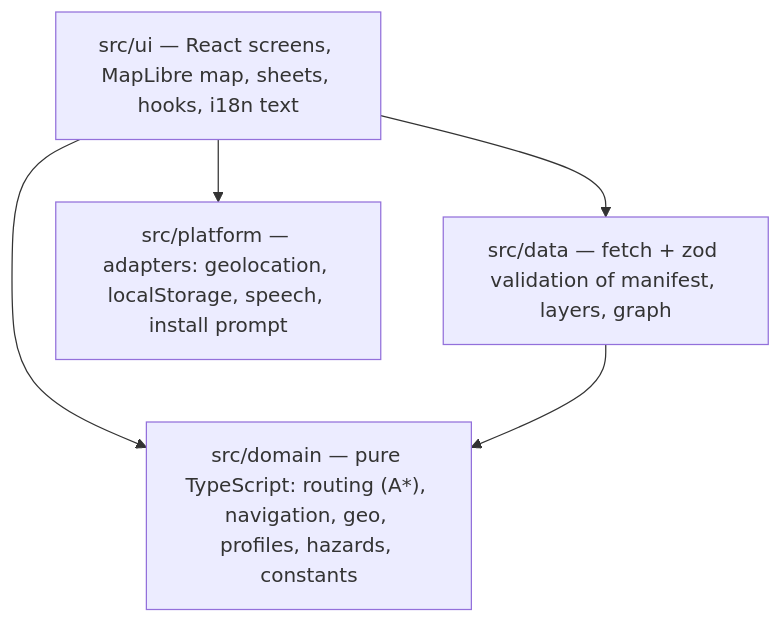
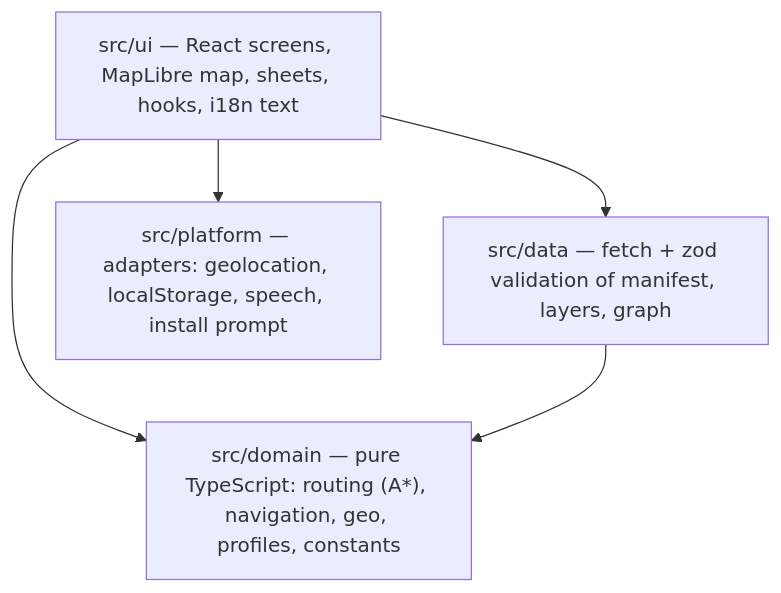
One commit to carlostoledo-dev/Evacua changed the second of 2 diagrams in ARCHITECTURE.md. Above: the diagram before and after it, drawn with Mermaid. The commit also changed other lines of this file and 5 other files, not shown here.

````diff
--- a/ARCHITECTURE.md
+++ b/ARCHITECTURE.md
@@ -43,11 +43,11 @@
 ```mermaid
 flowchart TB
   ui["src/ui — React screens, MapLibre map, sheets, hooks, i18n text"]
   data["src/data — fetch + zod validation of manifest, layers, graph"]
-  domain["src/domain — pure TypeScript: routing (A*), navigation, geo, profiles, hazards, constants"]
+  domain["src/domain — pure TypeScript: routing (A*), navigation, geo, profiles, constants"]
   platform["src/platform — adapters: geolocation, localStorage, speech, install prompt"]
   ui --> data
   ui --> domain
   ui --> platform
   data --> domain
 ```
````
